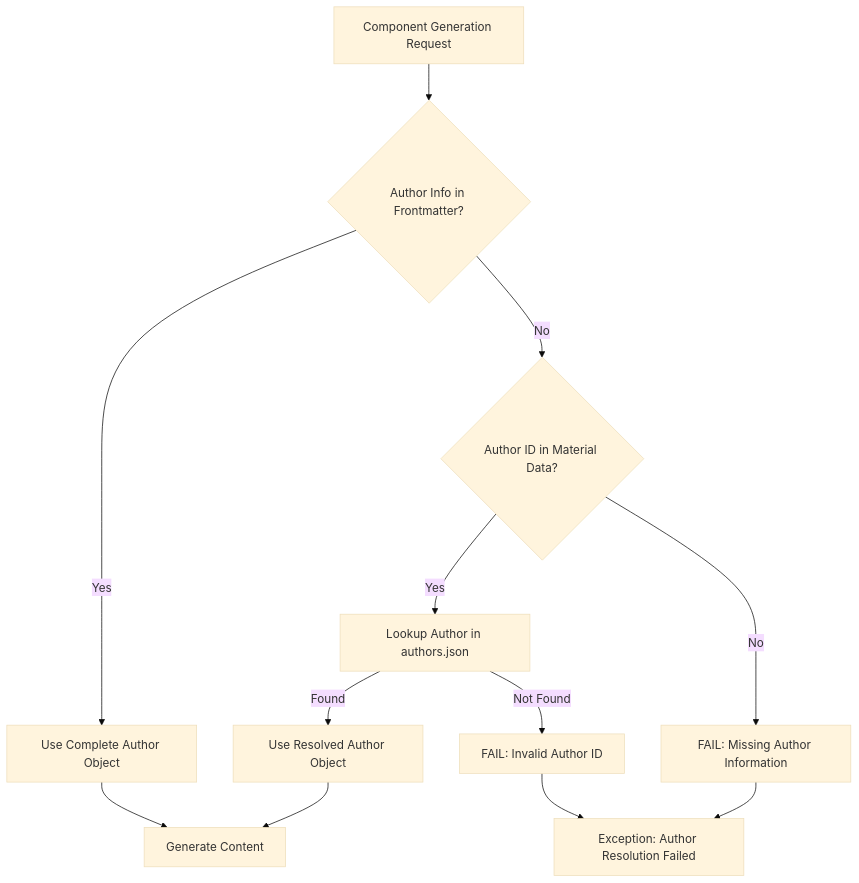
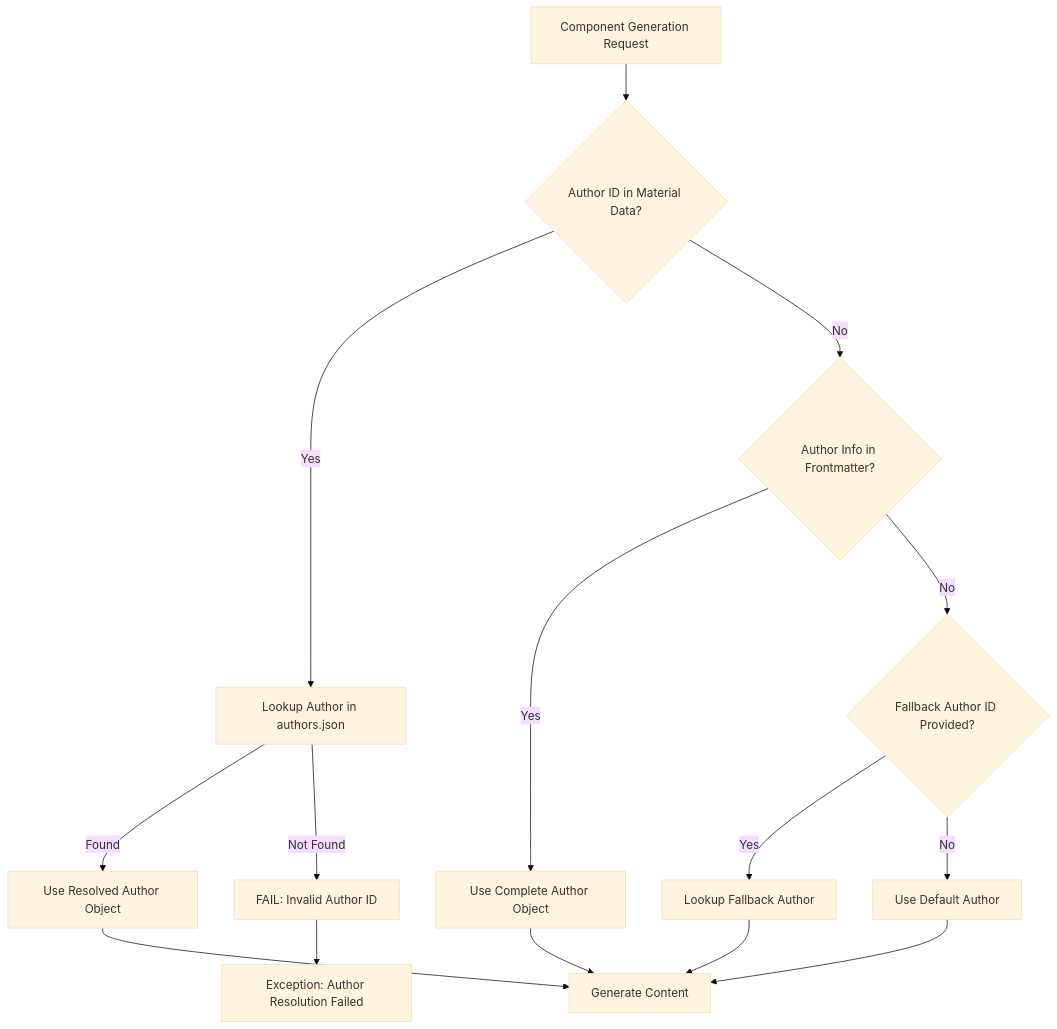
Before and after one commit to Air2air/z-beam-generator: the diagram in docs/AUTHOR_RESOLUTION_ARCHITECTURE.md, drawn with Mermaid (base theme). The commit also changed other lines of this file and 267 other files, not shown here.

Commit message:
Implemented API client persistent caching and author resolution fixes

````diff
--- a/docs/AUTHOR_RESOLUTION_ARCHITECTURE.md
+++ b/docs/AUTHOR_RESOLUTION_ARCHITECTURE.md
@@ -70,14 +70,17 @@
 ```mermaid
 graph TD
-    A[Component Generation Request] --> B{Author Info in Frontmatter?}
-    B -->|Yes| C[Use Complete Author Object]
-    B -->|No| D{Author ID in Material Data?}
-    D -->|Yes| E[Lookup Author in authors.json]
-    D -->|No| F[FAIL: Missing Author Information]
-    E -->|Found| G[Use Resolved Author Object]
-    E -->|Not Found| H[FAIL: Invalid Author ID]
-    C --> I[Generate Content]
-    G --> I
-    F --> J[Exception: Author Resolution Failed]
-    H --> J
+    A[Component Generation Request] --> B{Author ID in Material Data?}
+    B -->|Yes| C[Lookup Author in authors.json]
+    B -->|No| D{Author Info in Frontmatter?}
+    C -->|Found| E[Use Resolved Author Object]
+    C -->|Not Found| F[FAIL: Invalid Author ID]
+    D -->|Yes| G[Use Complete Author Object]
+    D -->|No| H{Fallback Author ID Provided?}
+    H -->|Yes| I[Lookup Fallback Author]
+    H -->|No| J[Use Default Author]
+    E --> K[Generate Content]
+    G --> K
+    I --> K
+    J --> K
+    F --> L[Exception: Author Resolution Failed]
 ```
````
